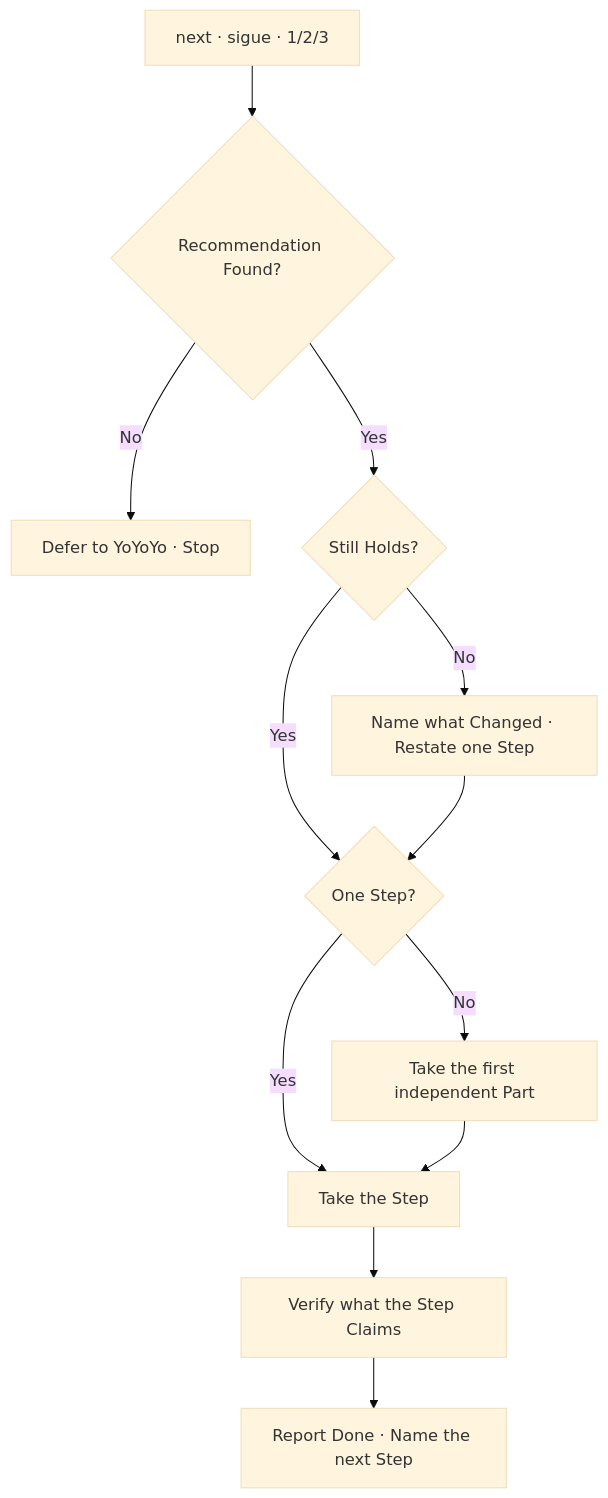
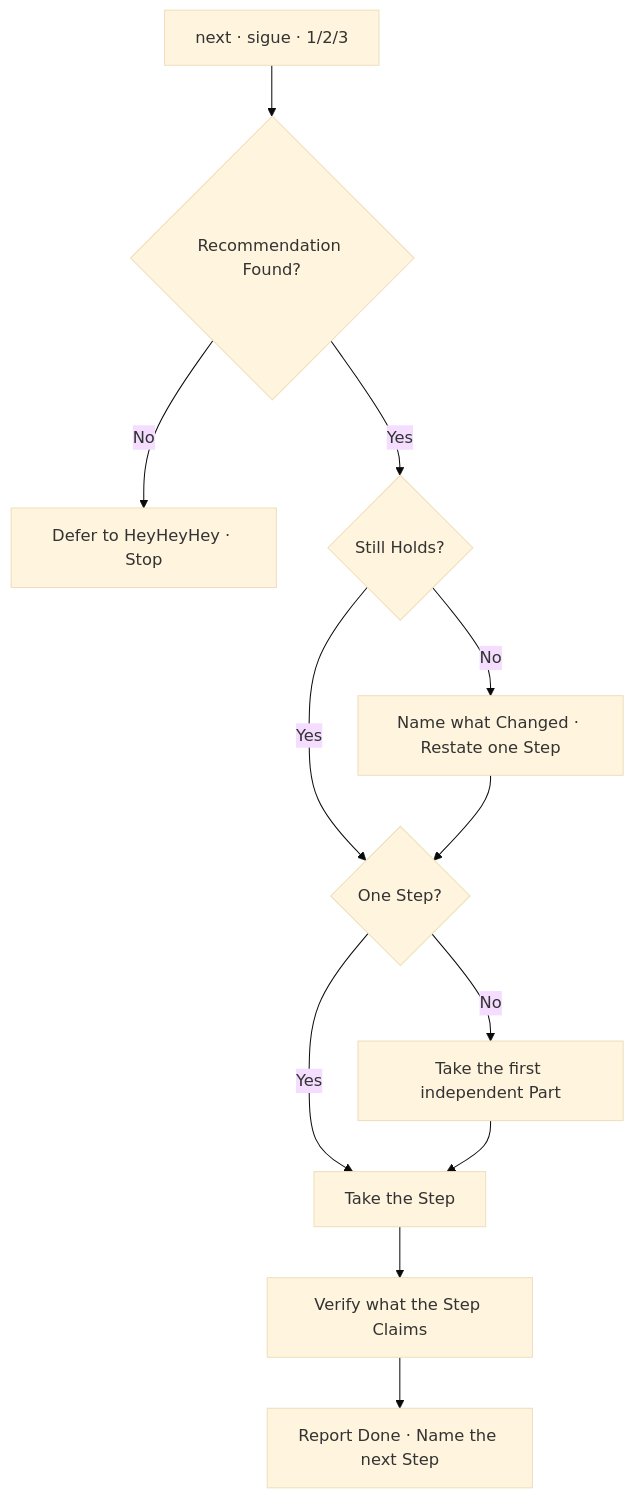
One commit to cangrejometralleta/OneTwoThree changed the diagram in .agents/skills/next-next-next/SKILL.md. Above: the diagram before and after it, drawn with Mermaid (base theme). The commit also changed other lines of this file and 8 other files, not shown here.

````diff
--- a/.agents/skills/next-next-next/SKILL.md
+++ b/.agents/skills/next-next-next/SKILL.md
@@ -17,14 +17,14 @@
 ```mermaid
 flowchart TD
     START["next · sigue · 1/2/3"] --> FIND{"Recommendation Found?"}
-    FIND -- No --> OPEN["Defer to YoYoYo · Stop"]
+    FIND -- No --> OPEN["Defer to HeyHeyHey · Stop"]
     FIND -- Yes --> HOLDS{"Still Holds?"}
     HOLDS -- No --> RENAME["Name what Changed · Restate one Step"]
     HOLDS -- Yes --> SIZE{"One Step?"}
     RENAME --> SIZE
     SIZE -- No --> SPLIT["Take the first independent Part"]
     SIZE -- Yes --> DO["Take the Step"]
     SPLIT --> DO
     DO --> VERIFY["Verify what the Step Claims"]
     VERIFY --> REPORT["Report Done · Name the next Step"]
 ```
````
